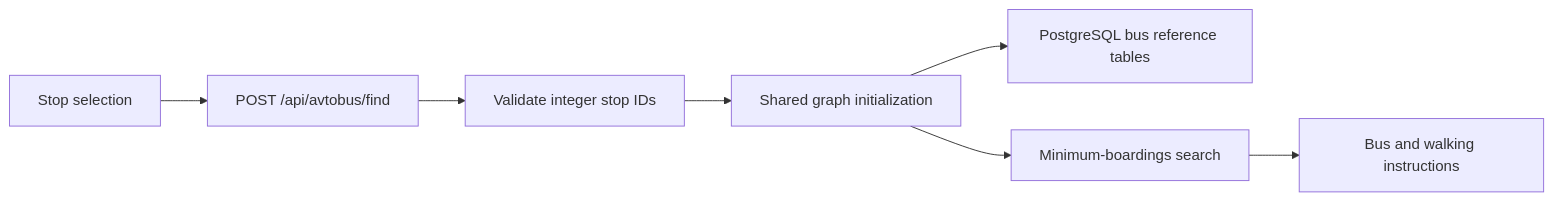
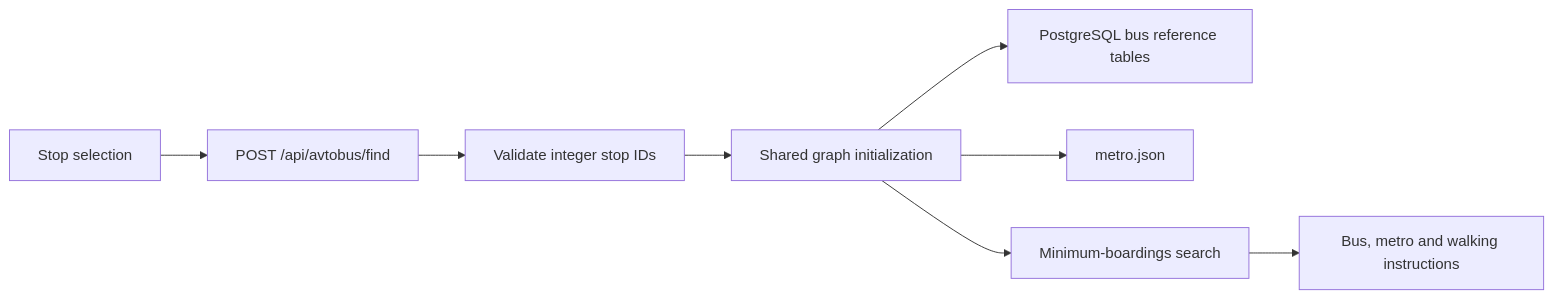
The diagram in earlier/jobloom/birjob/docs/bus-routing.md (ismatsamadov/line), drawn with Mermaid before and after one commit. The commit also changed other lines of this file and 16 other files, not shown here.

````diff
--- a/earlier/jobloom/birjob/docs/bus-routing.md
+++ b/earlier/jobloom/birjob/docs/bus-routing.md
@@ -7,9 +8,10 @@
 ```mermaid
 flowchart LR
   A[Stop selection] --> B[POST /api/avtobus/find]
   B --> C[Validate integer stop IDs]
   C --> D[Shared graph initialization]
   D --> E[PostgreSQL bus reference tables]
+  D --> M[metro.json]
   D --> F[Minimum-boardings search]
-  F --> G[Bus and walking instructions]
+  F --> G[Bus, metro and walking instructions]
 ```
````
